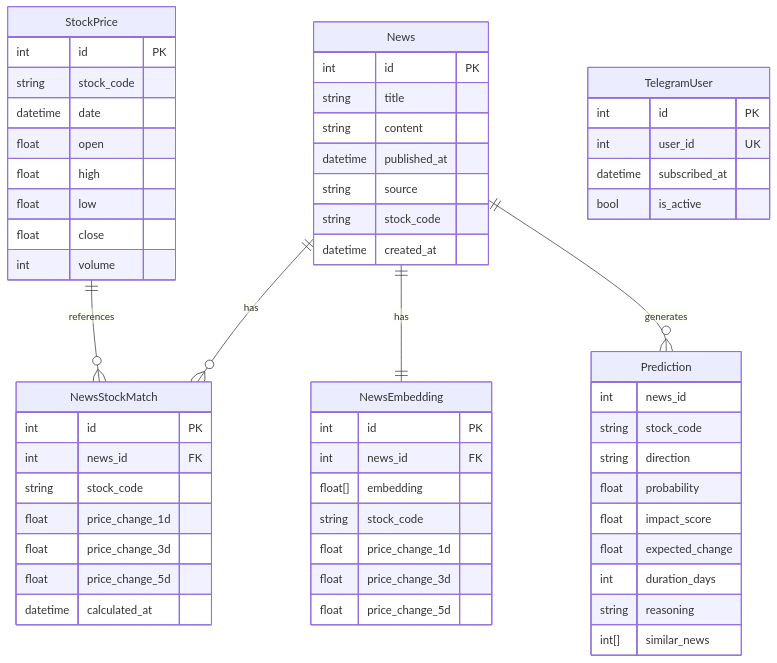
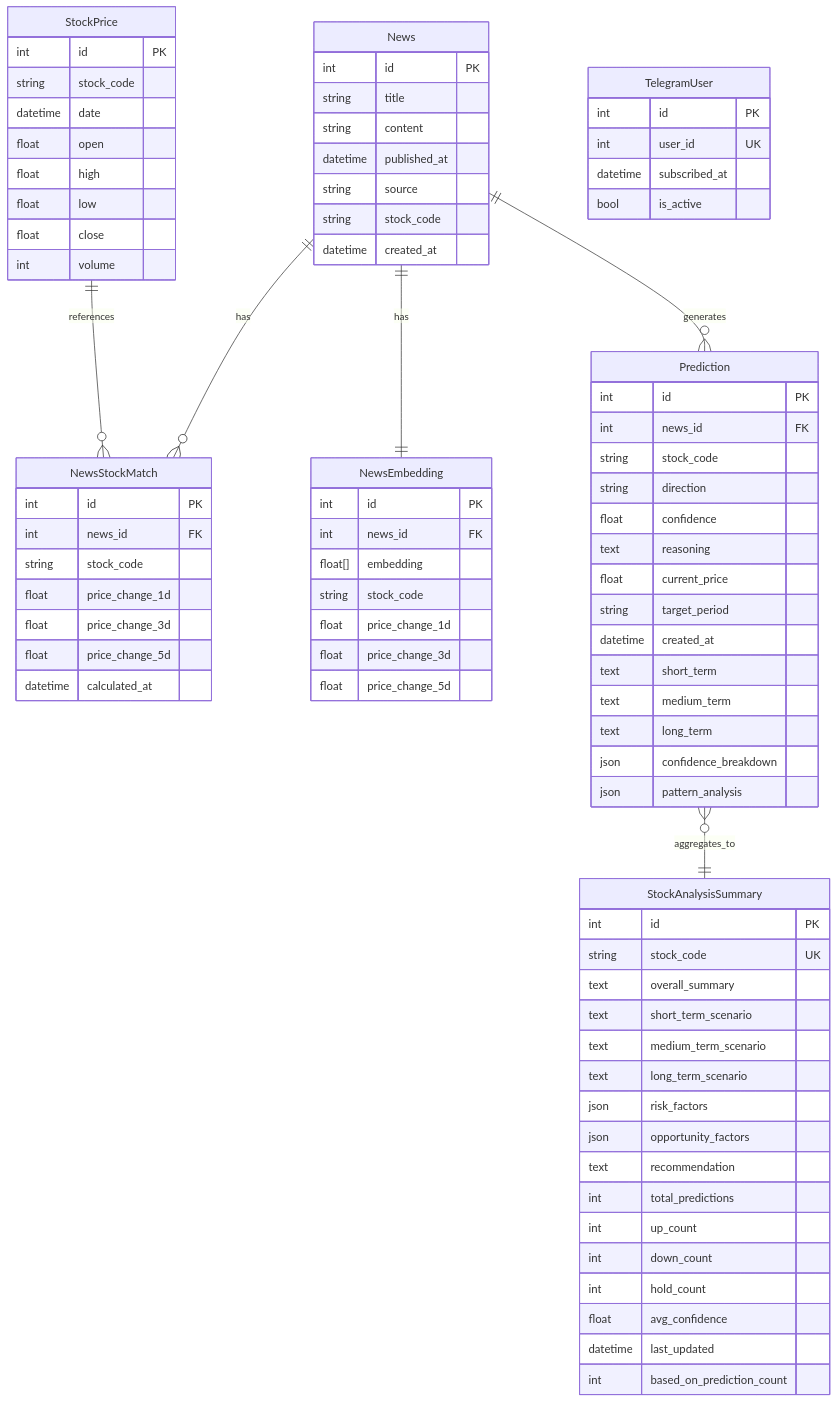
Before and after one commit to atototo/craveny: the second of 3 diagrams in docs/architecture.md, drawn with Mermaid. The commit also changed other lines of this file, not shown here.

First line of the commit message:
docs(architecture): Phase 2 아키텍처 업데이트 - Frontend, API, 데이터 모델 반영

````diff
--- a/docs/architecture.md
+++ b/docs/architecture.md
@@ -442,6 +582,7 @@
     News ||--|| NewsEmbedding : "has"
     StockPrice ||--o{ NewsStockMatch : "references"
     News ||--o{ Prediction : "generates"
+    Prediction }o--|| StockAnalysisSummary : "aggregates_to"
 
     News {
         int id PK
@@ -492,14 +633,38 @@
     }
 
     Prediction {
-        int news_id
+        int id PK
+        int news_id FK
         string stock_code
         string direction
-        float probability
-        float impact_score
-        float expected_change
-        int duration_days
-        string reasoning
-        int[] similar_news
+        float confidence
+        text reasoning
+        float current_price
+        string target_period
+        datetime created_at
+        text short_term
+        text medium_term
+        text long_term
+        json confidence_breakdown
+        json pattern_analysis
+    }
+
+    StockAnalysisSummary {
+        int id PK
+        string stock_code UK
+        text overall_summary
+        text short_term_scenario
+        text medium_term_scenario
+        text long_term_scenario
+        json risk_factors
+        json opportunity_factors
+        text recommendation
+        int total_predictions
+        int up_count
+        int down_count
+        int hold_count
+        float avg_confidence
+        datetime last_updated
+        int based_on_prediction_count
     }
 ```
````
